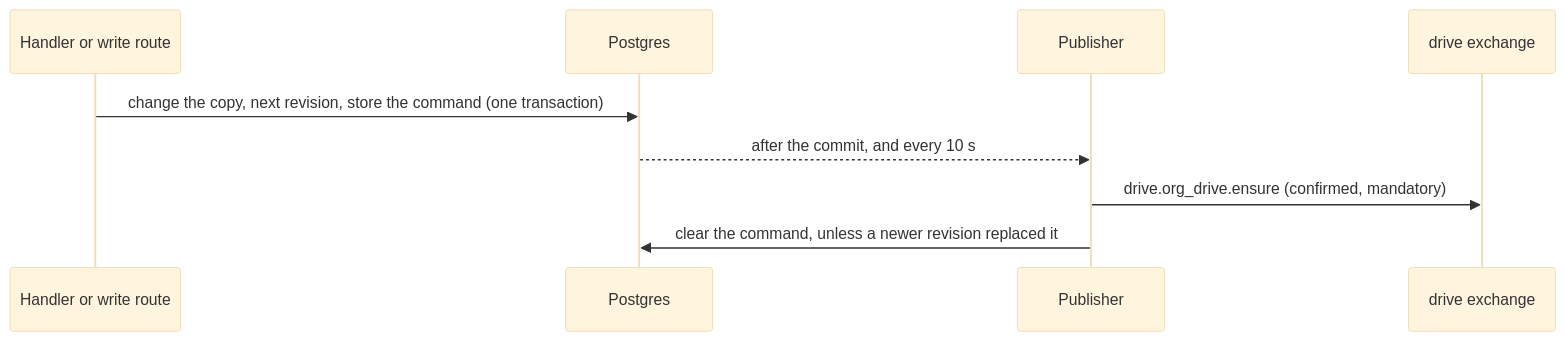
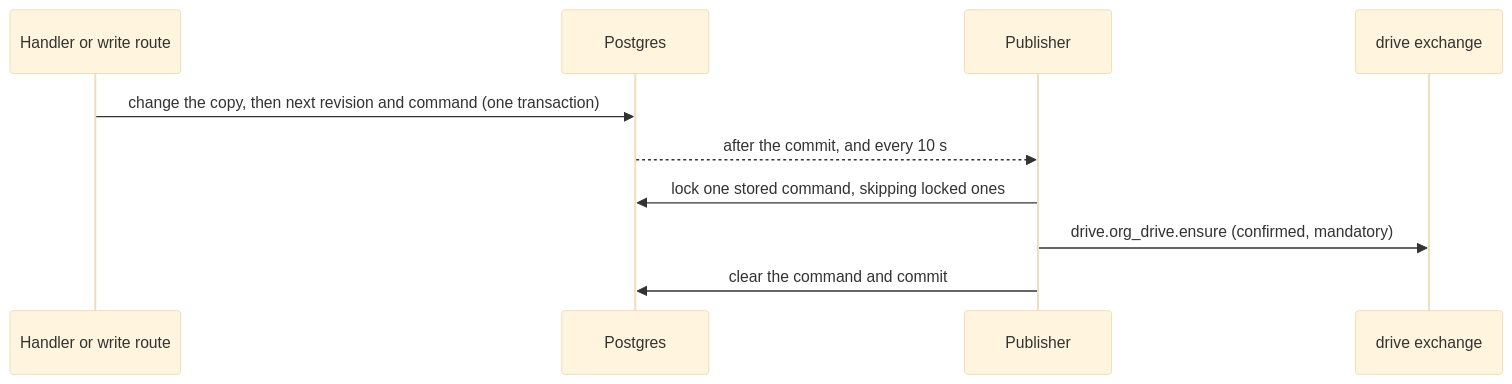
The second of 6 diagrams in docs/events.md (linagora/twake-space), drawn with Mermaid (base theme) before and after one commit. The commit also changed other lines of this file and 7 other files, not shown here.

Commit message:
fix(backend): store one drive command per space per transaction and claim them in the sweep

````diff
--- a/docs/events.md
+++ b/docs/events.md
@@ -191,11 +191,12 @@
 ```mermaid
 sequenceDiagram
   participant H as Handler or write route
   participant PG as Postgres
   participant P as Publisher
   participant MQ as drive exchange
-  H->>PG: change the copy, next revision, store the command (one transaction)
+  H->>PG: change the copy, then next revision and command (one transaction)
   PG-->>P: after the commit, and every 10 s
+  P->>PG: lock one stored command, skipping locked ones
   P->>MQ: drive.org_drive.ensure (confirmed, mandatory)
-  P->>PG: clear the command, unless a newer revision replaced it
+  P->>PG: clear the command and commit
 ```
````
